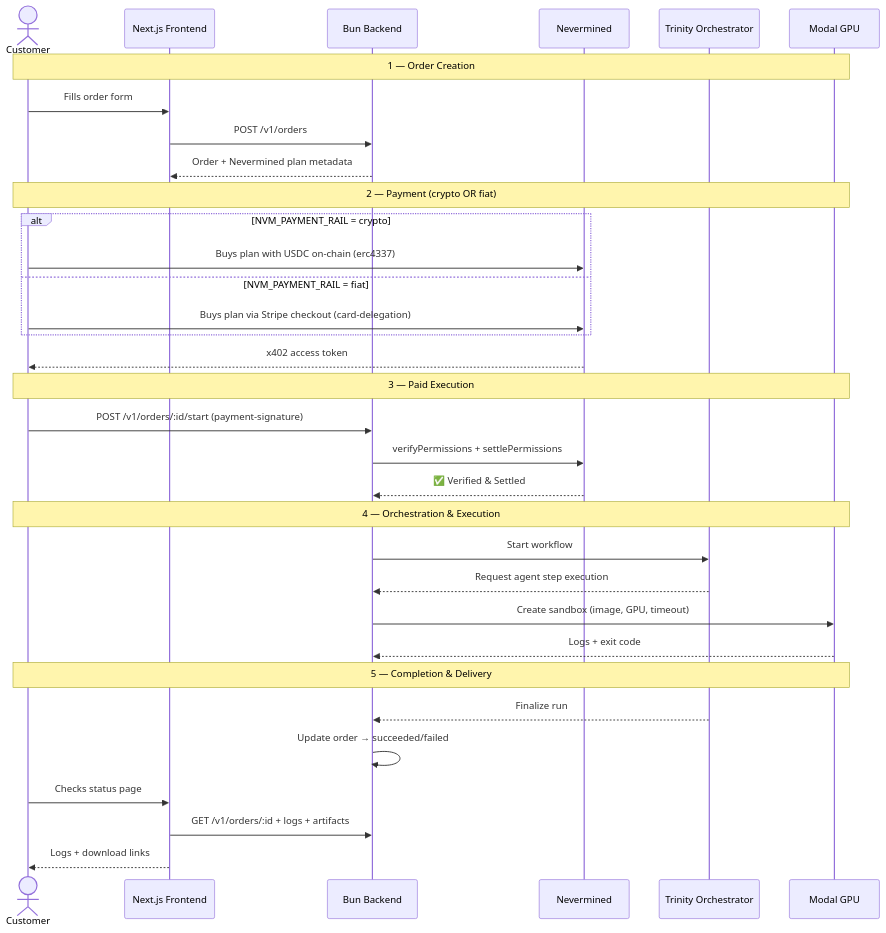
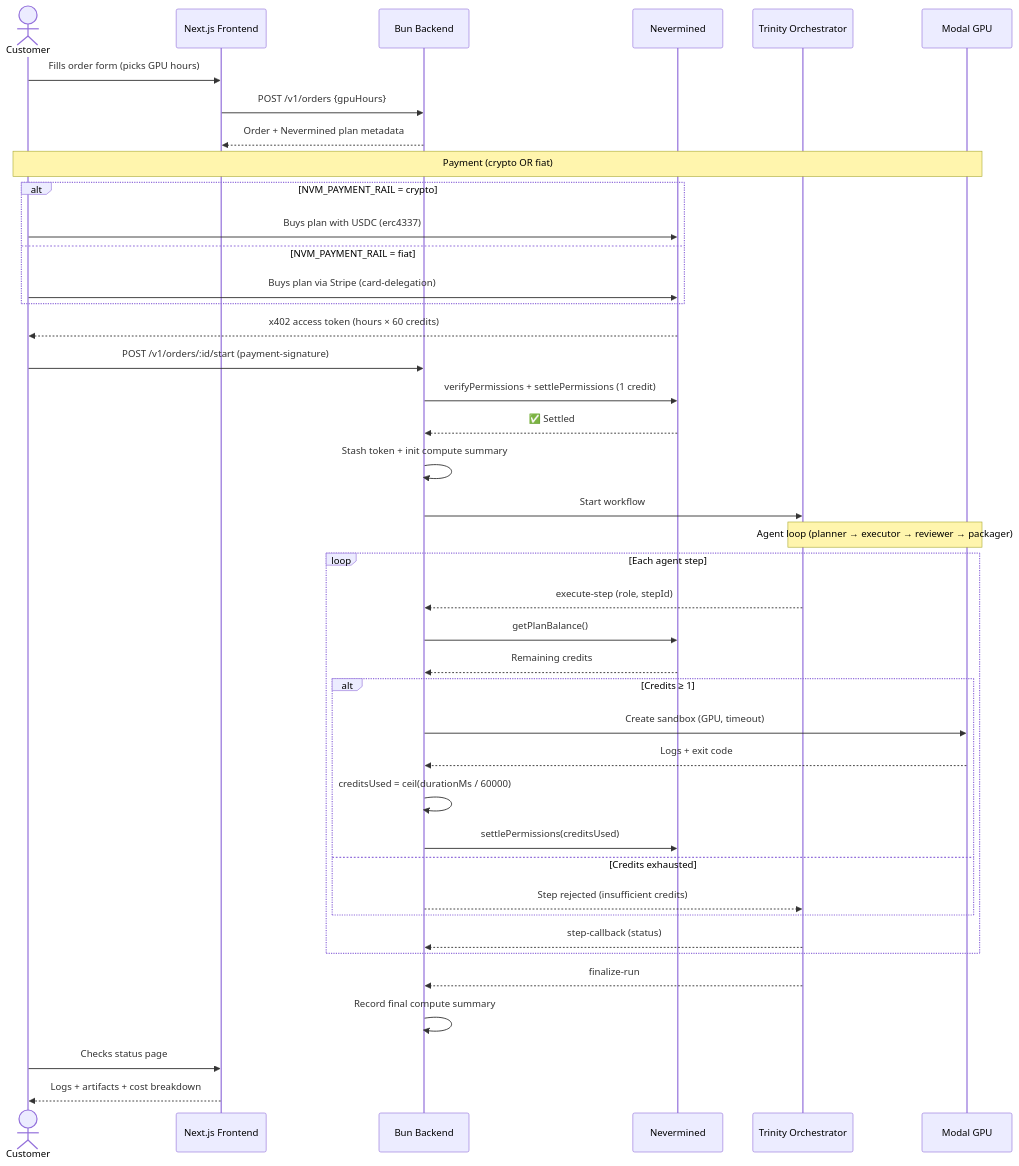
Before and after one commit to shlawgathon/CloudAGI: the third of 4 diagrams in README.md, drawn with Mermaid. The commit also changed other lines of this file and 12 other files, not shown here.

````diff
--- a/README.md
+++ b/README.md
@@ -78,40 +143,49 @@
 ```mermaid
 sequenceDiagram
     actor Customer
     participant Web as Next.js Frontend
     participant API as Bun Backend
     participant NVM as Nevermined
     participant Trinity as Trinity Orchestrator
     participant Modal as Modal GPU
 
-    Note over Customer, Modal: 1 — Order Creation
-    Customer->>Web: Fills order form
-    Web->>API: POST /v1/orders
+    Customer->>Web: Fills order form (picks GPU hours)
+    Web->>API: POST /v1/orders {gpuHours}
     API-->>Web: Order + Nevermined plan metadata
 
-    Note over Customer, Modal: 2 — Payment (crypto OR fiat)
+    Note over Customer, Modal: Payment (crypto OR fiat)
     alt NVM_PAYMENT_RAIL = crypto
-        Customer->>NVM: Buys plan with USDC on-chain (erc4337)
+        Customer->>NVM: Buys plan with USDC (erc4337)
     else NVM_PAYMENT_RAIL = fiat
-        Customer->>NVM: Buys plan via Stripe checkout (card-delegation)
+        Customer->>NVM: Buys plan via Stripe (card-delegation)
     end
-    NVM-->>Customer: x402 access token
+    NVM-->>Customer: x402 access token (hours × 60 credits)
 
-    Note over Customer, Modal: 3 — Paid Execution
     Customer->>API: POST /v1/orders/:id/start (payment-signature)
-    API->>NVM: verifyPermissions + settlePermissions
-    NVM-->>API: ✅ Verified & Settled
+    API->>NVM: verifyPermissions + settlePermissions (1 credit)
+    NVM-->>API: ✅ Settled
+    API->>API: Stash token + init compute summary
+    API->>Trinity: Start workflow
 
-    Note over Customer, Modal: 4 — Orchestration & Execution
-    API->>Trinity: Start workflow
-    Trinity-->>API: Request agent step execution
-    API->>Modal: Create sandbox (image, GPU, timeout)
-    Modal-->>API: Logs + exit code
+    Note over Trinity, Modal: Agent loop (planner → executor → reviewer → packager)
+    loop Each agent step
+        Trinity-->>API: execute-step (role, stepId)
+        API->>NVM: getPlanBalance()
+        NVM-->>API: Remaining credits
+        alt Credits ≥ 1
+            API->>Modal: Create sandbox (GPU, timeout)
+            Modal-->>API: Logs + exit code
+            API->>API: creditsUsed = ceil(durationMs / 60000)
+            API->>NVM: settlePermissions(creditsUsed)
+        else Credits exhausted
+            API-->>Trinity: Step rejected (insufficient credits)
+        end
+        Trinity-->>API: step-callback (status)
+    end
 
-    Note over Customer, Modal: 5 — Completion & Delivery
-    Trinity-->>API: Finalize run
-    API->>API: Update order → succeeded/failed
+    Trinity-->>API: finalize-run
+    API->>API: Record final compute summary
+
     Customer->>Web: Checks status page
-    Web->>API: GET /v1/orders/:id + logs + artifacts
-    Web-->>Customer: Logs + download links
+    Web-->>Customer: Logs + artifacts + cost breakdown
 ```
````
